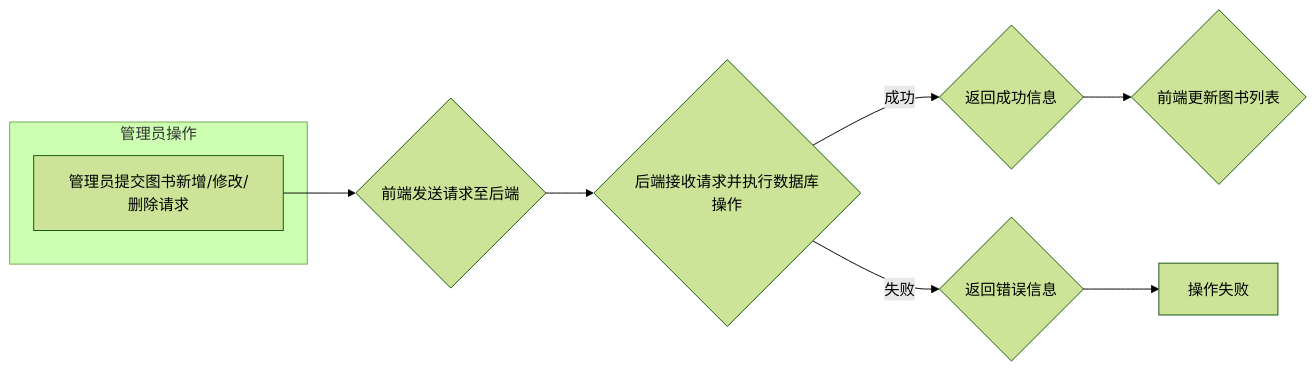
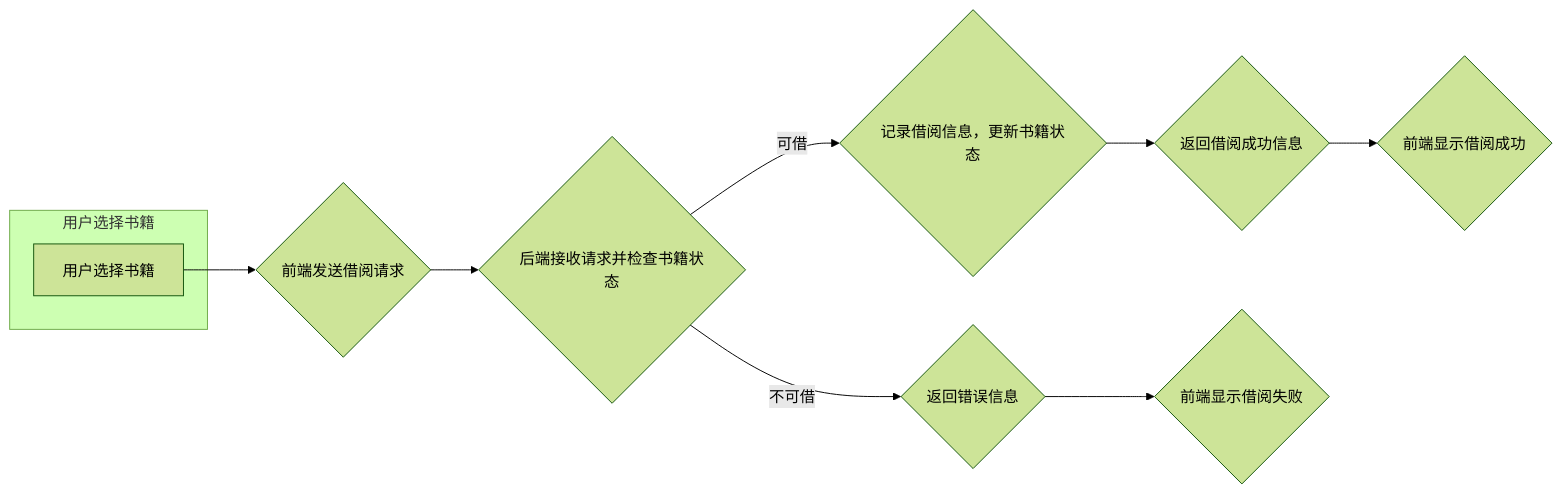
Before and after one commit to qianlong520/iodraw-files: the diagram in all/流程图.md, drawn with Mermaid (forest theme).

Commit message:
2024-11-04 13:37:39 update

````diff
--- a/all/流程图.md
+++ b/all/流程图.md
@@ -1,13 +1,14 @@
 ```mermaid
 graph LR
-  subgraph 管理员操作
-    A[管理员提交图书新增/修改/删除请求]
+  subgraph 用户选择书籍
+    A[用户选择书籍]
   end
-  A --> B{前端发送请求至后端}
-  B --> C{后端接收请求并执行数据库操作}
-  C -->|成功| D{返回成功信息}
-  C -->|失败| E{返回错误信息}
-  D --> F{前端更新图书列表}
-  E --> G[操作失败]
+  A --> B{前端发送借阅请求}
+  B --> C{后端接收请求并检查书籍状态}
+  C -->|可借| D{记录借阅信息，更新书籍状态}
+  C -->|不可借| E{返回错误信息}
+  D --> F{返回借阅成功信息}
+  F --> G{前端显示借阅成功}
+  E --> H{前端显示借阅失败}
 
 ```
````
